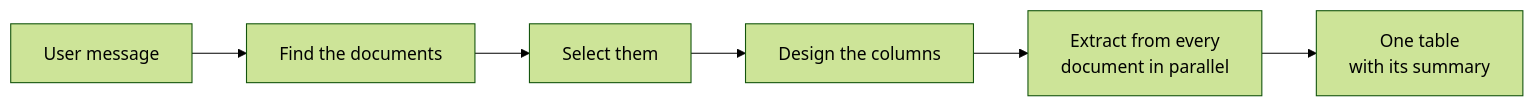
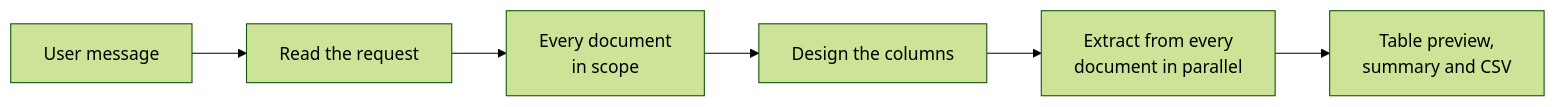
Before and after one commit to bbvch-ai/aihub-core: the diagram in docs/docs/2_platform/5_agents/14_knowledge_extraction_agent/index.en.md, drawn with Mermaid (forest theme). The commit also changed other lines of this file and 134 other files, not shown here.

````diff
--- a/docs/docs/2_platform/5_agents/14_knowledge_extraction_agent/index.en.md
+++ b/docs/docs/2_platform/5_agents/14_knowledge_extraction_agent/index.en.md
@@ -24,8 +24,8 @@
 ```mermaid
 flowchart LR
-    A[User message] --> B[Find the documents]
-    B --> C[Select them]
+    A[User message] --> B[Read the request]
+    B --> C[Every document<br/>in scope]
     C --> D[Design the columns]
     D --> E[Extract from every<br/>document in parallel]
-    E --> F[One table<br/>with its summary]
+    E --> F[Table preview,<br/>summary and CSV]
 ```
````
